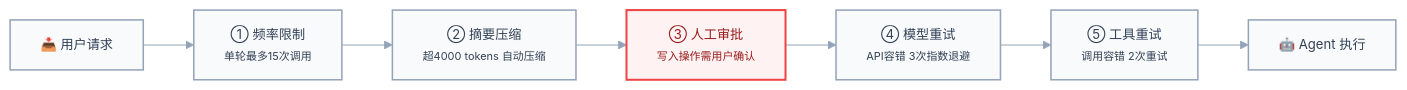
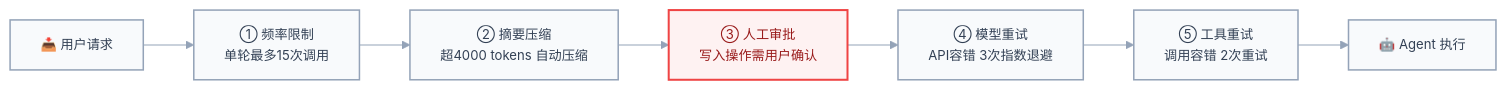
One commit to silver4444-xs/FridgeApp changed the fourth of 5 diagrams in README.md. Above: the diagram before and after it, drawn with Mermaid. The commit also changed other lines of this file, not shown here.

Commit message:
fix: remove <small> tags and rename reserved classDef 'graph' in Mermaid diagrams

````diff
--- a/README.md
+++ b/README.md
@@ -302,16 +302,16 @@
 ```mermaid
 %%{init: {'theme': 'base', 'themeVariables': {'fontFamily': 'system-ui, sans-serif', 'fontSize': '13px', 'lineColor': '#94a3b8'}}}%%
 flowchart LR
-    A["📥 用户请求"] --> M1["① 频率限制<br/><small>单轮最多15次调用</small>"]
-    M1 --> M2["② 摘要压缩<br/><small>超4000 tokens 自动压缩</small>"]
-    M2 --> M3["③ 人工审批<br/><small>写入操作需用户确认</small>"]
-    M3 --> M4["④ 模型重试<br/><small>API容错 3次指数退避</small>"]
-    M4 --> M5["⑤ 工具重试<br/><small>调用容错 2次重试</small>"]
+    A["📥 用户请求"] --> M1["① 频率限制<br/>单轮最多15次调用"]
+    M1 --> M2["② 摘要压缩<br/>超4000 tokens 自动压缩"]
+    M2 --> M3["③ 人工审批<br/>写入操作需用户确认"]
+    M3 --> M4["④ 模型重试<br/>API容错 3次指数退避"]
+    M4 --> M5["⑤ 工具重试<br/>调用容错 2次重试"]
     M5 --> B["🤖 Agent 执行"]
 
     classDef base fill:#f8fafc,stroke:#94a3b8,stroke-width:1.5px,color:#334155
     classDef crit fill:#fef2f2,stroke:#ef4444,stroke-width:2px,color:#991b1b
     class A,B base
     class M1,M2,M4,M5 base
     class M3 crit
 ```
````
